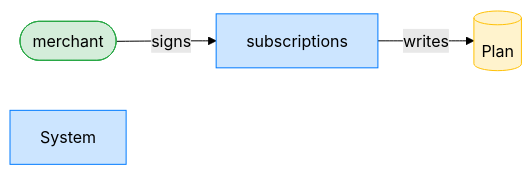
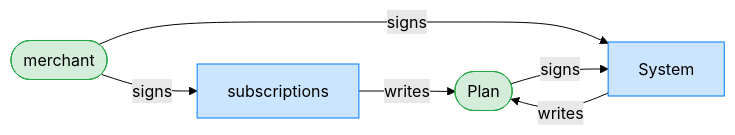
The third of 4 diagrams in dsl_tests/survive-a-pre-funded-plan-pda.md (cds-rs/subscriptions), drawn with Mermaid (forest theme) before and after one commit. The commit also changed other lines of this file and 224 other files, not shown here.

````diff
--- a/dsl_tests/survive-a-pre-funded-plan-pda.md
+++ b/dsl_tests/survive-a-pre-funded-plan-pda.md
@@ -57,12 +58,15 @@
 ```mermaid
 flowchart LR
     classDef signer fill:#d4edda,stroke:#28a745;
     classDef program fill:#cce5ff,stroke:#007bff;
     classDef writable fill:#fff3cd,stroke:#ffc107;
     subscriptions[subscriptions]:::program
     merchant([merchant]):::signer
-    Plan[(Plan)]:::writable
+    Plan([Plan]):::signer
     System[System]:::program
     merchant -->|signs| subscriptions
+    merchant -->|signs| System
+    Plan -->|signs| System
     subscriptions -->|writes| Plan
+    System -->|writes| Plan
 ```
````
